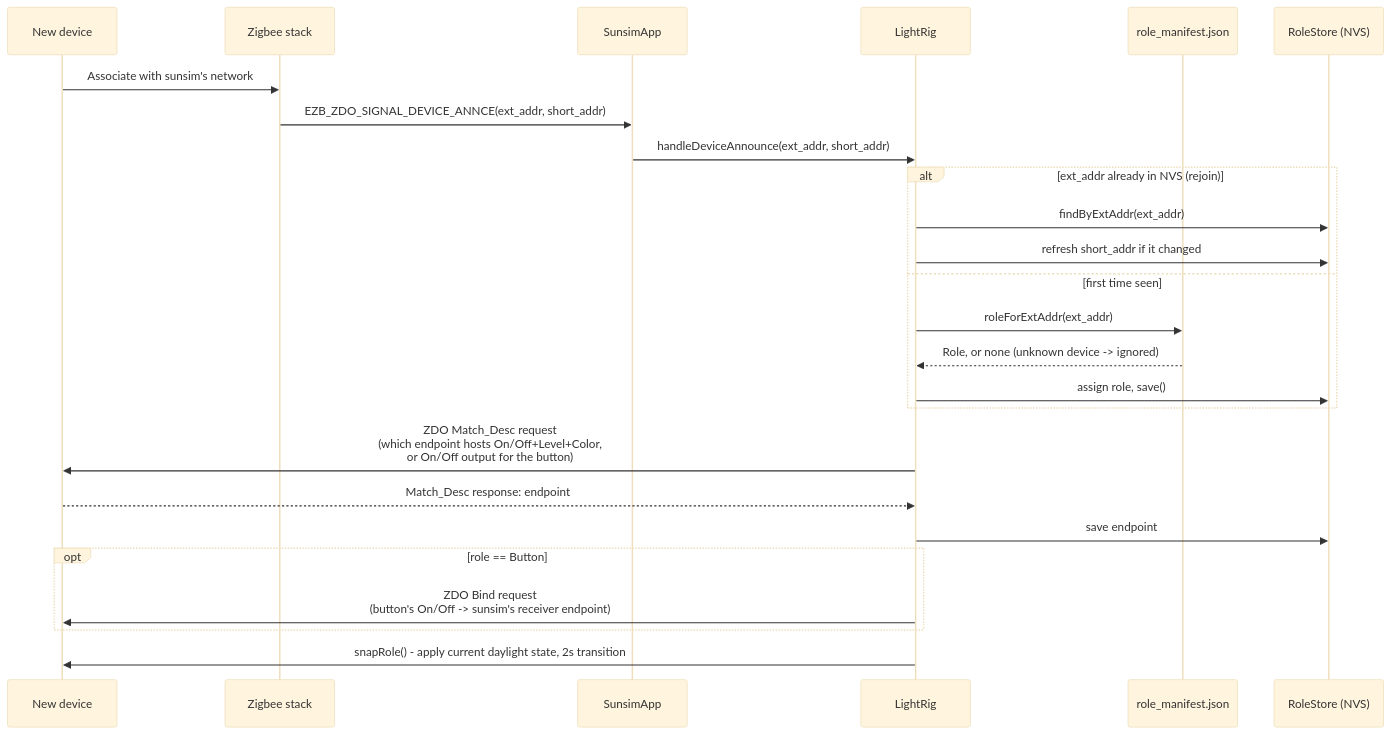
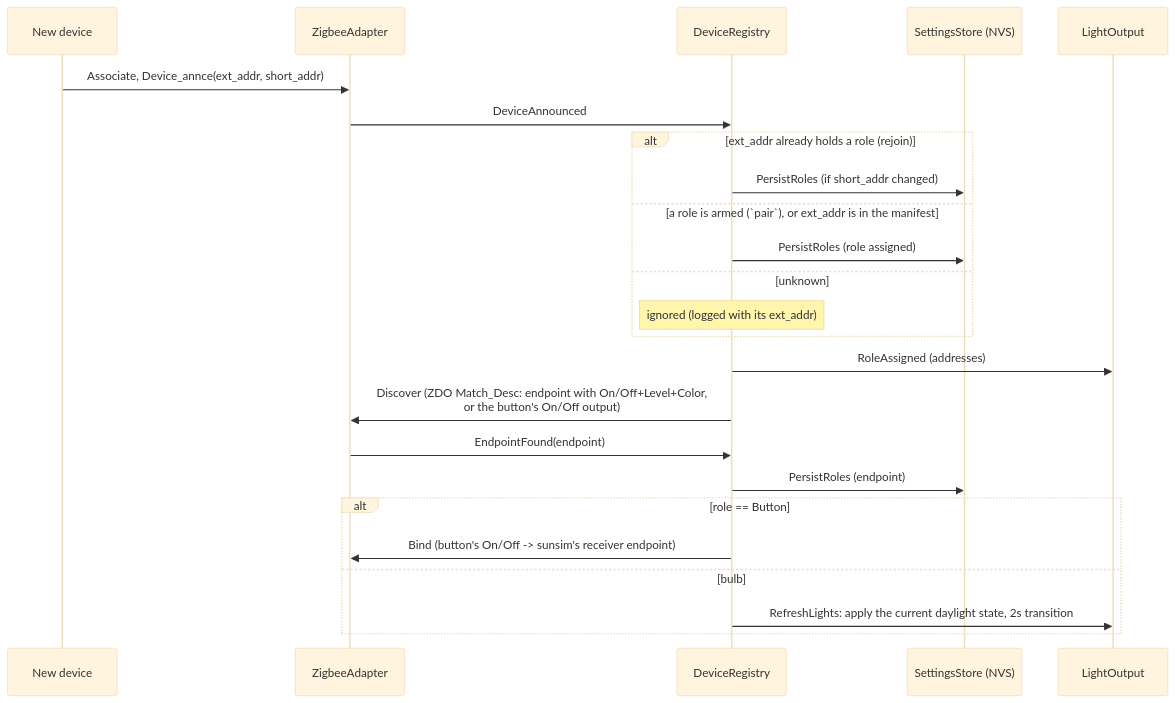
One commit to bjerre/sunsim changed the second of 3 diagrams in DESIGN.md. Above: the diagram before and after it, drawn with Mermaid (base theme). The commit also changed other lines of this file and 109 other files, not shown here.

First line of the commit message:
Event-driven architecture on eventpp

````diff
--- a/DESIGN.md
+++ b/DESIGN.md
@@ -66,32 +68,30 @@
 ```mermaid
 sequenceDiagram
     participant Dev as New device
-    participant Z as Zigbee stack
-    participant App as SunsimApp
-    participant Rig as LightRig
-    participant Man as role_manifest.json
-    participant Store as RoleStore (NVS)
+    participant ZA as ZigbeeAdapter
+    participant DR as DeviceRegistry
+    participant SS as SettingsStore (NVS)
+    participant LO as LightOutput
 
-    Dev->>Z: Associate with sunsim's network
-    Z->>App: EZB_ZDO_SIGNAL_DEVICE_ANNCE(ext_addr, short_addr)
-    App->>Rig: handleDeviceAnnounce(ext_addr, short_addr)
+    Dev->>ZA: Associate, Device_annce(ext_addr, short_addr)
+    ZA->>DR: DeviceAnnounced
 
-    alt ext_addr already in NVS (rejoin)
-        Rig->>Store: findByExtAddr(ext_addr)
-        Rig->>Store: refresh short_addr if it changed
-    else first time seen
-        Rig->>Man: roleForExtAddr(ext_addr)
-        Man-->>Rig: Role, or none (unknown device -> ignored)
-        Rig->>Store: assign role, save()
+    alt ext_addr already holds a role (rejoin)
+        DR->>SS: PersistRoles (if short_addr changed)
+    else a role is armed (`pair`), or ext_addr is in the manifest
+        DR->>SS: PersistRoles (role assigned)
+    else unknown
+        Note over DR: ignored (logged with its ext_addr)
     end
 
-    Rig->>Dev: ZDO Match_Desc request<br/>(which endpoint hosts On/Off+Level+Color,<br/>or On/Off output for the button)
-    Dev-->>Rig: Match_Desc response: endpoint
-    Rig->>Store: save endpoint
+    DR->>LO: RoleAssigned (addresses)
+    DR->>ZA: Discover (ZDO Match_Desc: endpoint with On/Off+Level+Color,<br/>or the button's On/Off output)
+    ZA->>DR: EndpointFound(endpoint)
+    DR->>SS: PersistRoles (endpoint)
 
-    opt role == Button
-        Rig->>Dev: ZDO Bind request<br/>(button's On/Off -> sunsim's receiver endpoint)
+    alt role == Button
+        DR->>ZA: Bind (button's On/Off -> sunsim's receiver endpoint)
+    else bulb
+        DR->>LO: RefreshLights: apply the current daylight state, 2s transition
     end
-
-    Rig->>Dev: snapRole() - apply current daylight state, 2s transition
 ```
````
